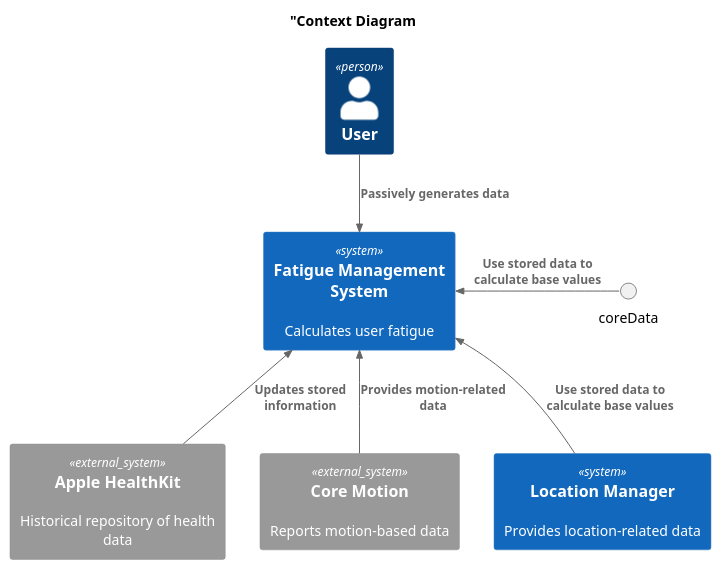
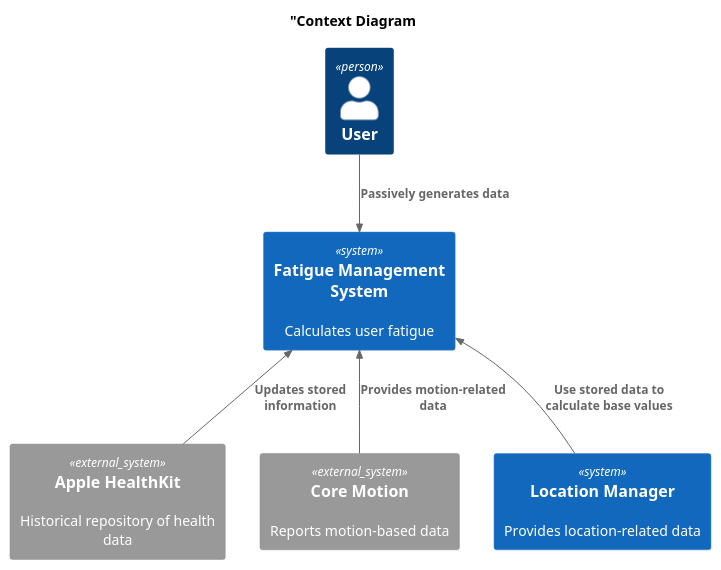
One commit to VC-658-Team/VC-658 changed the diagram in diagrams/context/context-diagram.puml. Above: the diagram before and after it, drawn with PlantUML. The commit also changed 2 other files, not shown here.

Commit message:
updating sequence diagram

```diff
--- a/diagrams/context/context-diagram.puml
+++ b/diagrams/context/context-diagram.puml
@@ -4,20 +4,19 @@
 @startuml Context-diagram
 !include  https://raw.githubusercontent.com/plantuml-stdlib/C4-PlantUML/master/C4_Context.puml
 
 title "Context Diagram
 
 Person(user, "User", )
 System_Ext(healthkit, "Apple HealthKit", "Historical repository of health data")
 System_Ext(coreMotion, "Core Motion", "Reports motion-based data")
 System(locationMgr, "Location Manager", "Provides location-related data")
 
 System(system, "Fatigue Management System", "Calculates user fatigue")
 
 Rel_D(user, system, "Passively generates data")
 Rel_U(healthkit, system, "Updates stored information")
 Rel_U(coreMotion, system, "Provides motion-related data")
 Rel_U(locationMgr, system, "Use stored data to calculate base values")
-Rel_L(coreData, system, "Use stored data to calculate base values")
 
 
 @enduml
```
